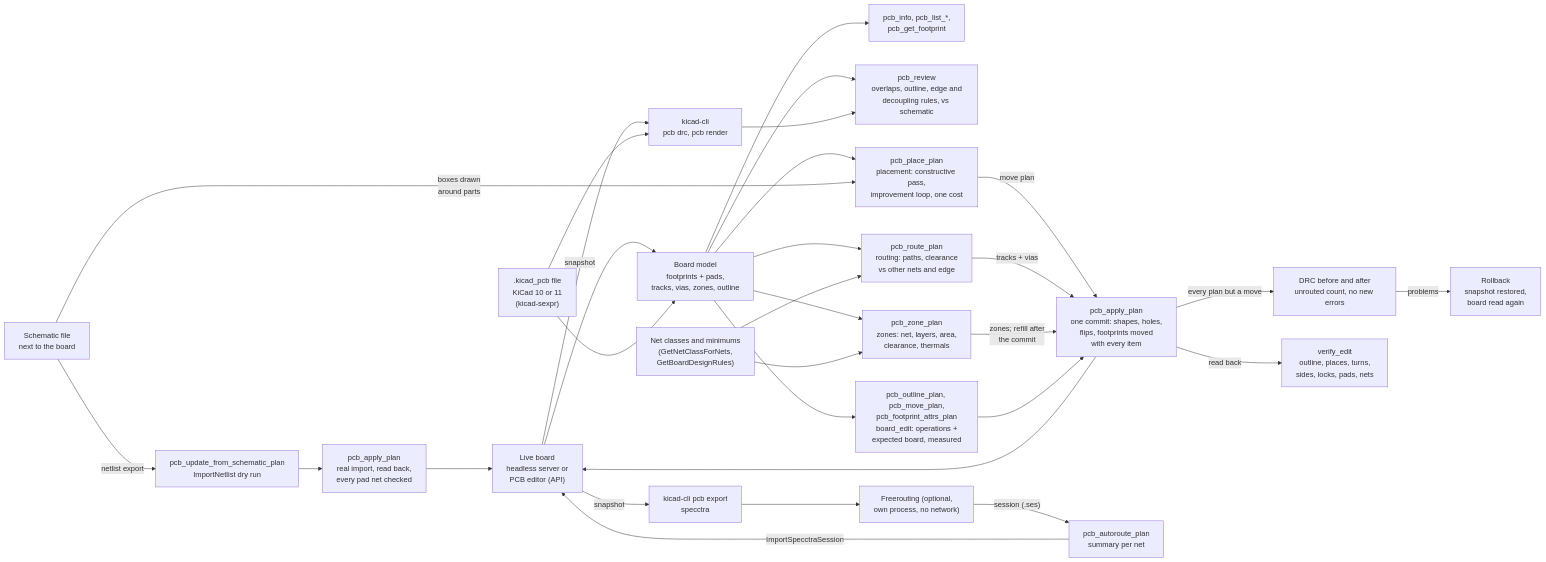
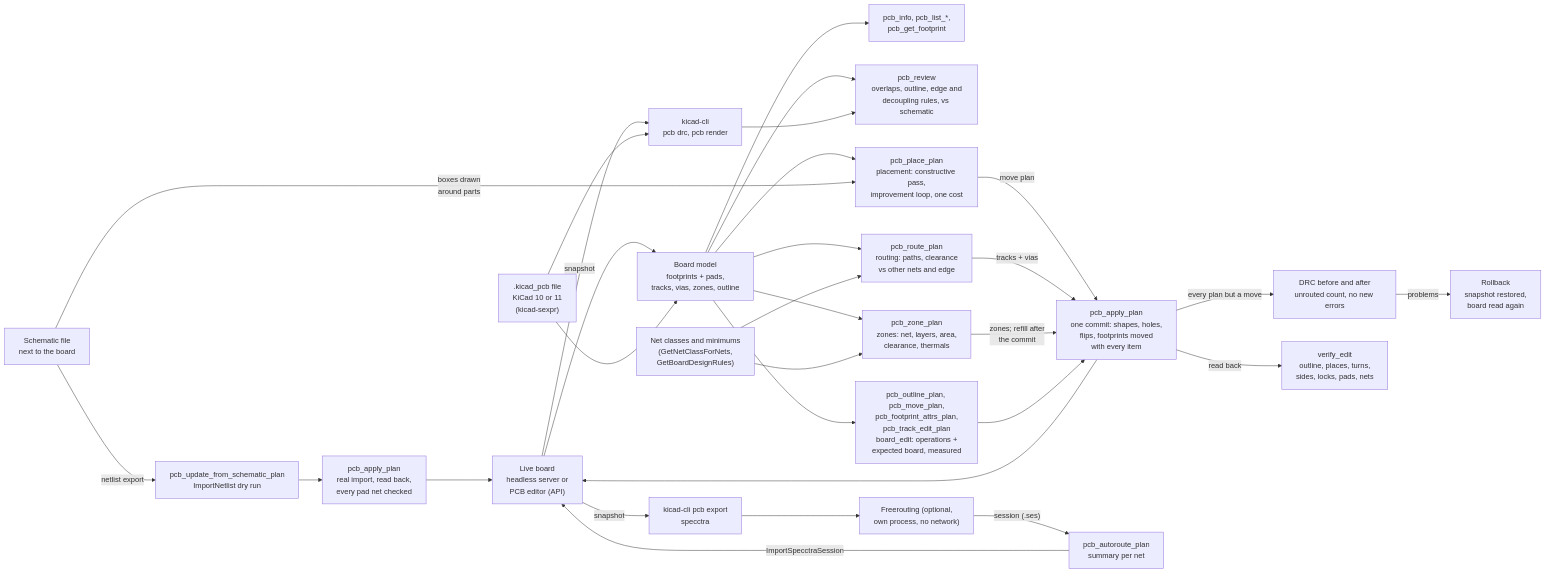
Before and after one commit to bkrajendra/thingsvu-tools: diagram 11 of 13 in docs/architecture.md, drawn with Mermaid. The commit also changed 13 other files, not shown here.

First line of the commit message:
Phase 14.2: pcb_track_edit_plan

````diff
--- a/docs/architecture.md
+++ b/docs/architecture.md
@@ -257,32 +257,32 @@
 ```mermaid
 flowchart LR
     LIVE["Live board<br/>headless server or<br/>PCB editor (API)"] --> MODEL["Board model<br/>footprints + pads,<br/>tracks, vias, zones, outline"]
     FILE[".kicad_pcb file<br/>KiCad 10 or 11<br/>(kicad-sexpr)"] --> MODEL
     MODEL --> READ["pcb_info, pcb_list_*,<br/>pcb_get_footprint"]
     MODEL --> REVIEW["pcb_review<br/>overlaps, outline, edge and<br/>decoupling rules, vs schematic"]
     LIVE -->|"snapshot"| CLI["kicad-cli<br/>pcb drc, pcb render"]
     FILE --> CLI
     CLI --> REVIEW
     SCH["Schematic file<br/>next to the board"] -->|"netlist export"| PLAN["pcb_update_from_schematic_plan<br/>ImportNetlist dry run"]
     PLAN --> APPLY["pcb_apply_plan<br/>real import, read back,<br/>every pad net checked"]
     APPLY --> LIVE
-    MODEL --> EDIT["pcb_outline_plan, pcb_move_plan,<br/>pcb_footprint_attrs_plan<br/>board_edit: operations +<br/>expected board, measured"]
+    MODEL --> EDIT["pcb_outline_plan, pcb_move_plan,<br/>pcb_footprint_attrs_plan,<br/>pcb_track_edit_plan<br/>board_edit: operations +<br/>expected board, measured"]
     MODEL --> PLACE["pcb_place_plan<br/>placement: constructive pass,<br/>improvement loop, one cost"]
     SCH -->|"boxes drawn<br/>around parts"| PLACE
     PLACE -->|"move plan"| APPLYE
     MODEL --> ROUTE["pcb_route_plan<br/>routing: paths, clearance<br/>vs other nets and edge"]
     RULES["Net classes and minimums<br/>(GetNetClassForNets,<br/>GetBoardDesignRules)"] --> ROUTE
     ROUTE -->|"tracks + vias"| APPLYE
     MODEL --> ZONE["pcb_zone_plan<br/>zones: net, layers, area,<br/>clearance, thermals"]
     RULES --> ZONE
     ZONE -->|"zones; refill after<br/>the commit"| APPLYE
     LIVE -->|"snapshot"| DSN["kicad-cli pcb export<br/>specctra"]
     DSN --> FR["Freerouting (optional,<br/>own process, no network)"]
     FR -->|"session (.ses)"| AUTO["pcb_autoroute_plan<br/>summary per net"]
     AUTO -->|"ImportSpecctraSession"| LIVE
     APPLYE -->|"every plan but a move"| DRCBA["DRC before and after<br/>unrouted count, no new errors"]
     DRCBA -->|"problems"| ROLL["Rollback<br/>snapshot restored,<br/>board read again"]
     EDIT --> APPLYE["pcb_apply_plan<br/>one commit: shapes, holes,<br/>flips, footprints moved<br/>with every item"]
     APPLYE --> LIVE
     APPLYE -->|"read back"| VERIFY["verify_edit<br/>outline, places, turns,<br/>sides, locks, pads, nets"]
 ```
````
